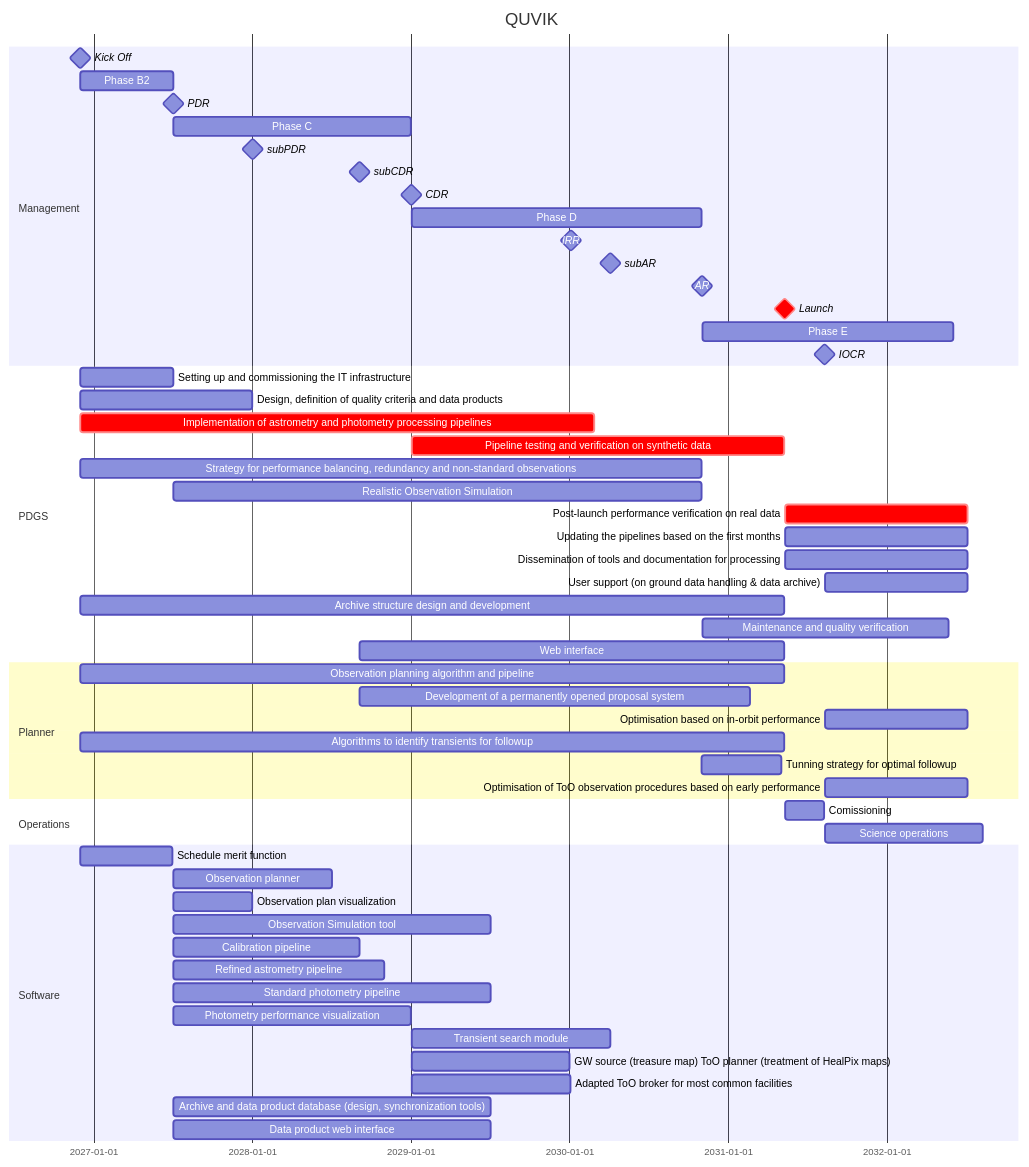
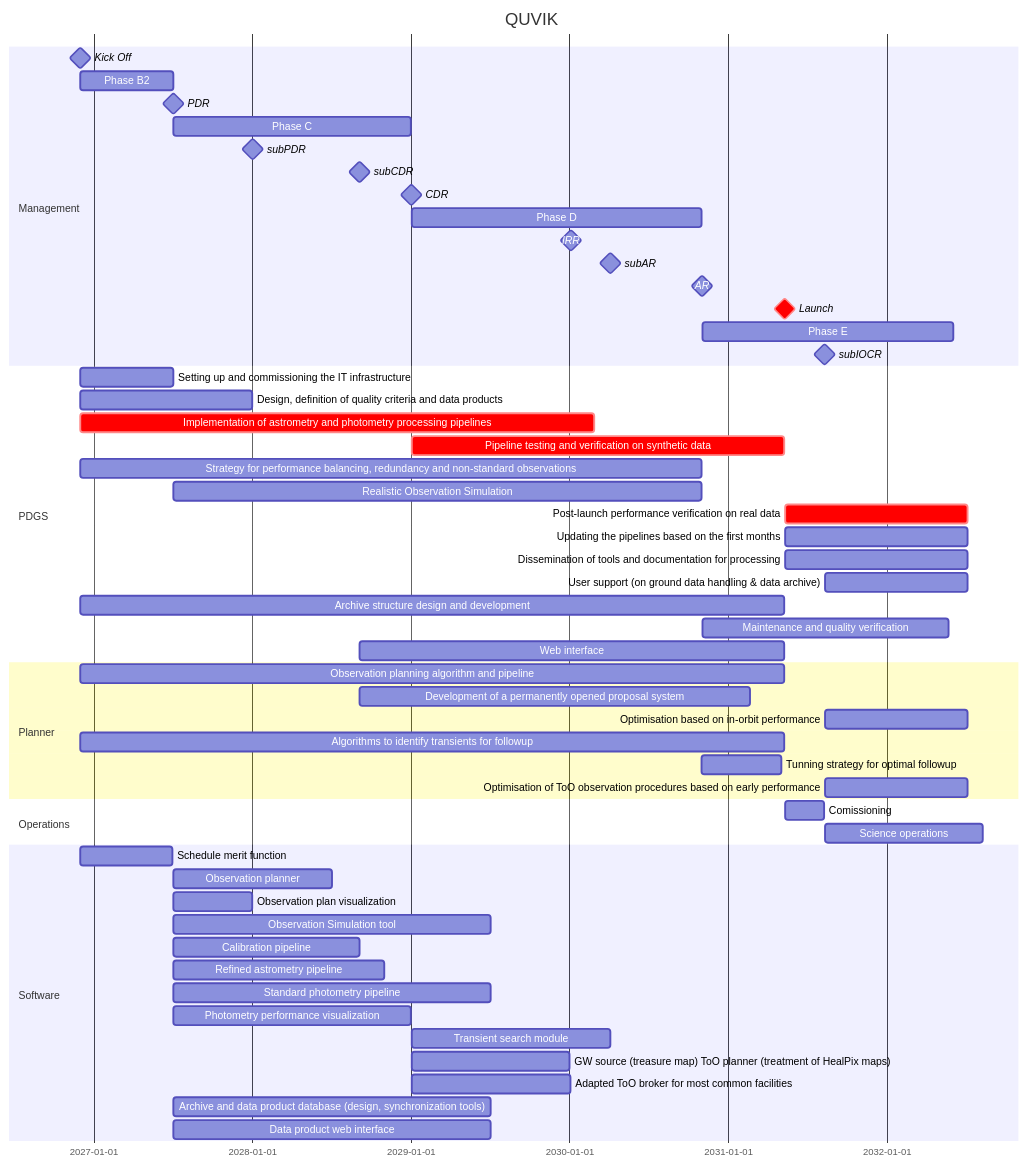
Before and after one commit to limu007/quvik: the diagram in calib/SOC.md, drawn with Mermaid.

Commit message:
Rename IOCR to subIOCR in SOC.md

````diff
--- a/calib/SOC.md
+++ b/calib/SOC.md
@@ -1,63 +1,63 @@
 ```mermaid
 gantt
     title QUVIK
     dateFormat  YYYY-MM-DD
     section Management
     Kick Off : milestone, m1, 2026-12-01, 1d
     Phase B2 : b2, after m1, 213d
     PDR : milestone, pdr, after b2, 1d
     Phase C : c1, after pdr, 547d
     subPDR :  milestone, sp1, after des, 1d
     subCDR :  milestone, sc1, after SD-5, 1d
     CDR : milestone, cdr, after c1, 1d
     Phase D : d1, after cdr, 668d
     IRR : milestone, irr, after SD-11, 1d
     subAR: milestone, sar, after SD-9, 1d
     AR : milestone, ar, after d1, 1d
     Launch : crit, milestone, frr, after fol, 1d
     Phase E : e1, after ar, 578d
-    IOCR : milestone, iocr, after e2, 1d
+    subIOCR : milestone, iocr, after e2, 1d
 
 
     section PDGS
     Setting up and commissioning the IT infrastructure : after m1, until pdr
     Design, definition of quality criteria and data products : 	des, after m1	, 396d
     Implementation of astrometry and photometry processing pipelines :crit, imp, after m1 , 169w
     Pipeline testing and verification on synthetic data :crit,  pp, after cdr, until frr
     Strategy for performance balancing, redundancy and non-standard observations :  after m1 , until ar
     Realistic Observation Simulation :  after pdr , until ar
     Post-launch performance verification on real data :crit,   after frr , 420d
     Updating the pipelines based on the first months :  after frr , 420d
     Dissemination of tools and documentation for processing :  after frr , 420d
      User support (on ground data handling & data archive) :  after iocr , 330d
      Archive structure design and development :  after m1 , until frr
      Maintenance and quality verification :  after ar , 81w
      Web interface :  after sc1 , until frr
 
     section Planner
     Observation planning algorithm and pipeline :  after m1 , 1620d
     Development of a permanently opened proposal system : after sc1 , 900d
     Optimisation based on in-orbit performance :  after iocr , 330d
     Algorithms to identify transients for followup : fol, after m1 , 1620d
     Tunning strategy for optimal followup  :  after d1 , 183d
     Optimisation of ToO observation procedures based on early performance :  after iocr , 330d
 
     section Operations
     Comissioning : e2, after frr, 13w
     Science operations : e3, after iocr, 52w
 
     section Software
         Schedule merit function: SD-2, after m1, 212d
         Observation planner: SD-2, after pdr, 364d
         Observation plan visualization: SD-3, after pdr, 182d
         Observation Simulation tool: SD-4, after pdr, 729d
         Calibration pipeline: SD-5, after pdr, 427d
         Refined astrometry pipeline: SD-6, after pdr, 486d
         Standard photometry pipeline: SD-7, after pdr, 729d
         Photometry performance visualization: SD-8, after pdr, 547d
         Transient search module: SD-9, after cdr, 457d
         GW source (treasure map) ToO planner (treatment of HealPix maps): SD-10, after cdr, 364d
         Adapted ToO broker for most common facilities: SD-11, after cdr, 366d
         Archive and data product database (design, synchronization tools): SD-12, after pdr, 729d
         Data product web interface: SD-13, after pdr, 729d
 ```
````
